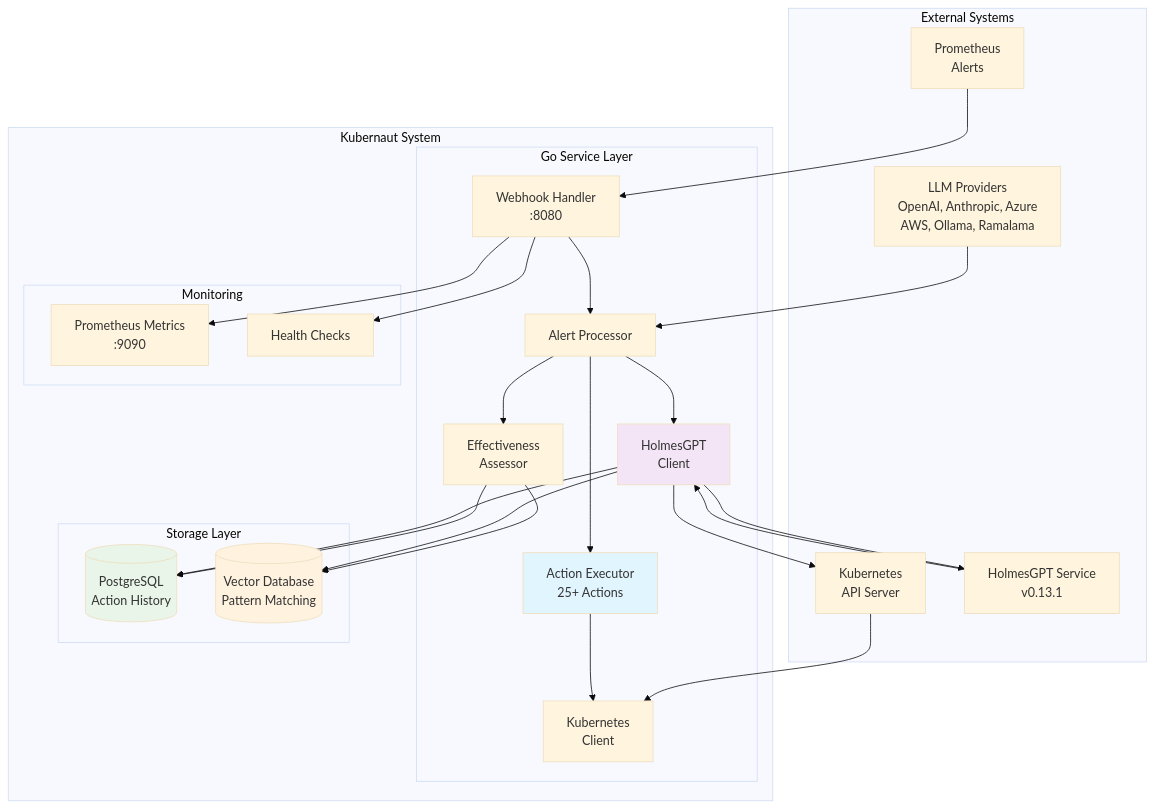
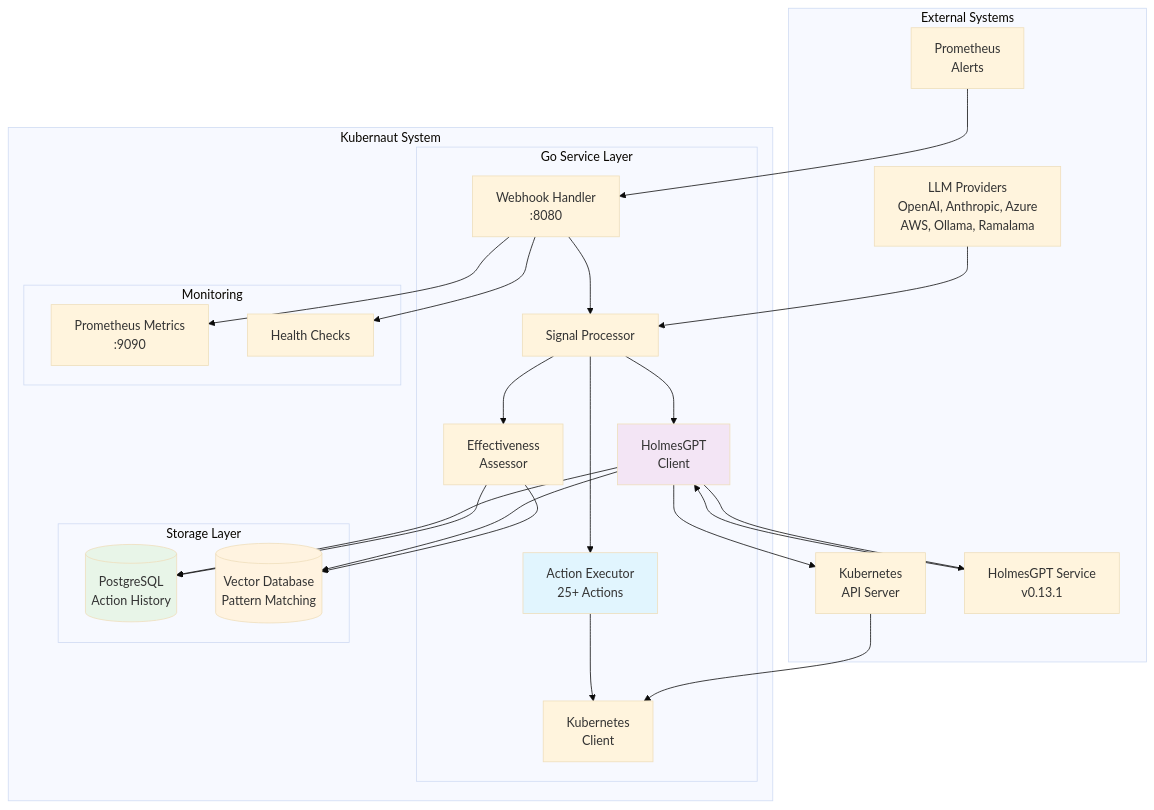
The first of 3 diagrams in README.md (jordigilh/kubernaut), drawn with Mermaid (base theme) before and after one commit. The commit also changed other lines of this file and 58 other files, not shown here.

````diff
--- a/README.md
+++ b/README.md
@@ -174,62 +174,62 @@
 ```mermaid
 graph TB
     subgraph "External Systems"
         PROM[Prometheus<br/>Alerts]
         K8SAPI[Kubernetes<br/>API Server]
         LLM[LLM Providers<br/>OpenAI, Anthropic, Azure<br/>AWS, Ollama, Ramalama]
         HGS[HolmesGPT Service<br/>v0.13.1]
     end
 
     subgraph "Kubernaut System"
         subgraph "Go Service Layer"
             WH[Webhook Handler<br/>:8080]
-            PROC[Alert Processor]
+            PROC[Signal Processor]
             EXEC[Action Executor<br/>25+ Actions]
             EFF[Effectiveness<br/>Assessor]
             K8SC[Kubernetes<br/>Client]
             HCLIENT[HolmesGPT<br/>Client]
         end
 
         subgraph "Storage Layer"
             PG[(PostgreSQL<br/>Action History)]
             VDB[(Vector Database<br/>Pattern Matching)]
         end
 
         subgraph "Monitoring"
             METRICS[Prometheus Metrics<br/>:9090]
             HEALTH[Health Checks]
         end
     end
 
     %% External connections
     PROM --> WH
     K8SAPI --> K8SC
     LLM --> PROC
     HGS --> HCLIENT
 
     %% Go service flow
     WH --> PROC
     PROC --> EXEC
     PROC --> EFF
     EXEC --> K8SC
     EFF --> PG
 
     %% HolmesGPT integration
     PROC --> HCLIENT
     HCLIENT --> HGS
     HCLIENT --> K8SAPI
     HCLIENT --> PG
 
     %% Storage connections
     EFF --> VDB
     HCLIENT --> VDB
 
     %% Monitoring connections
     WH --> METRICS
     WH --> HEALTH
 
     style EXEC fill:#e1f5fe
     style HCLIENT fill:#f3e5f5
     style VDB fill:#fff3e0
     style PG fill:#e8f5e8
 ```
````
